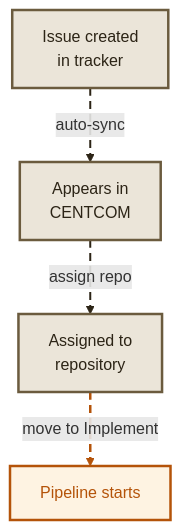
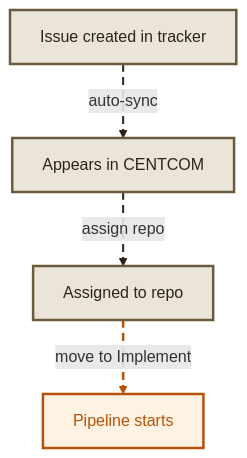
Before and after one commit to dunkinfrunkin/maestro: the second of 5 diagrams in docs/docs/concepts/index.mdx, drawn with Mermaid. The commit also changed other lines of this file and 1 other file, not shown here.

First line of the commit message:
fix: remove all line breaks from mermaid labels to prevent text clipping

````diff
--- a/docs/docs/concepts/index.mdx
+++ b/docs/docs/concepts/index.mdx
@@ -42,15 +42,15 @@
 ```mermaid
 graph TB
-  I["Issue created<br/>in tracker"] -. "auto-sync" .-> T["Appears in<br/>CENTCOM"]
-  T -. "assign repo" .-> A["Assigned to<br/>repository"]
+  I["Issue created in tracker"] -. "auto-sync" .-> T["Appears in CENTCOM"]
+  T -. "assign repo" .-> A["Assigned to repo"]
   A -. "move to Implement" .-> P["Pipeline starts"]
 
   style I fill:#ebe5d9,stroke:#6b5b3e,stroke-width:2.5px,color:#2c2416
   style T fill:#ebe5d9,stroke:#6b5b3e,stroke-width:2.5px,color:#2c2416
   style A fill:#ebe5d9,stroke:#6b5b3e,stroke-width:2.5px,color:#2c2416
   style P fill:#fef3e2,stroke:#b45309,stroke-width:2.5px,color:#b45309
 
   linkStyle 0 stroke:#2c2416,stroke-width:2px,stroke-dasharray:8 5
   linkStyle 1 stroke:#2c2416,stroke-width:2px,stroke-dasharray:8 5
   linkStyle 2 stroke:#b45309,stroke-width:2.5px,stroke-dasharray:8 5
 ```
````
